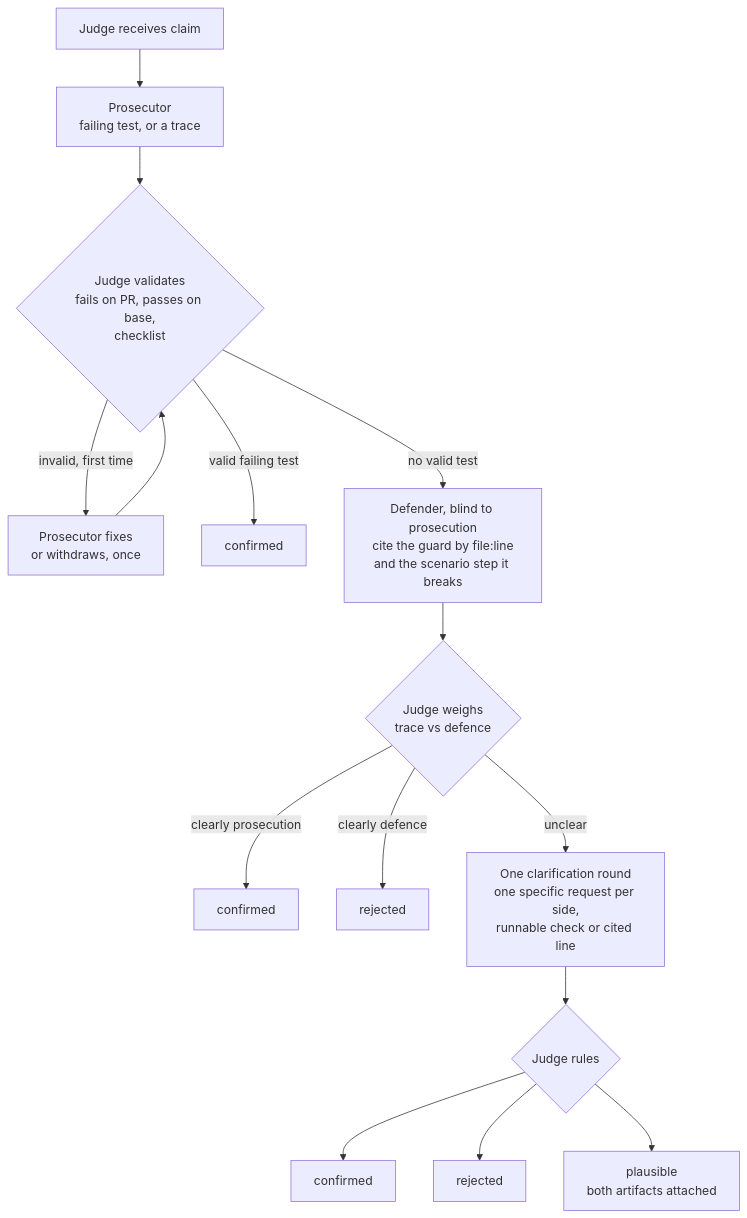
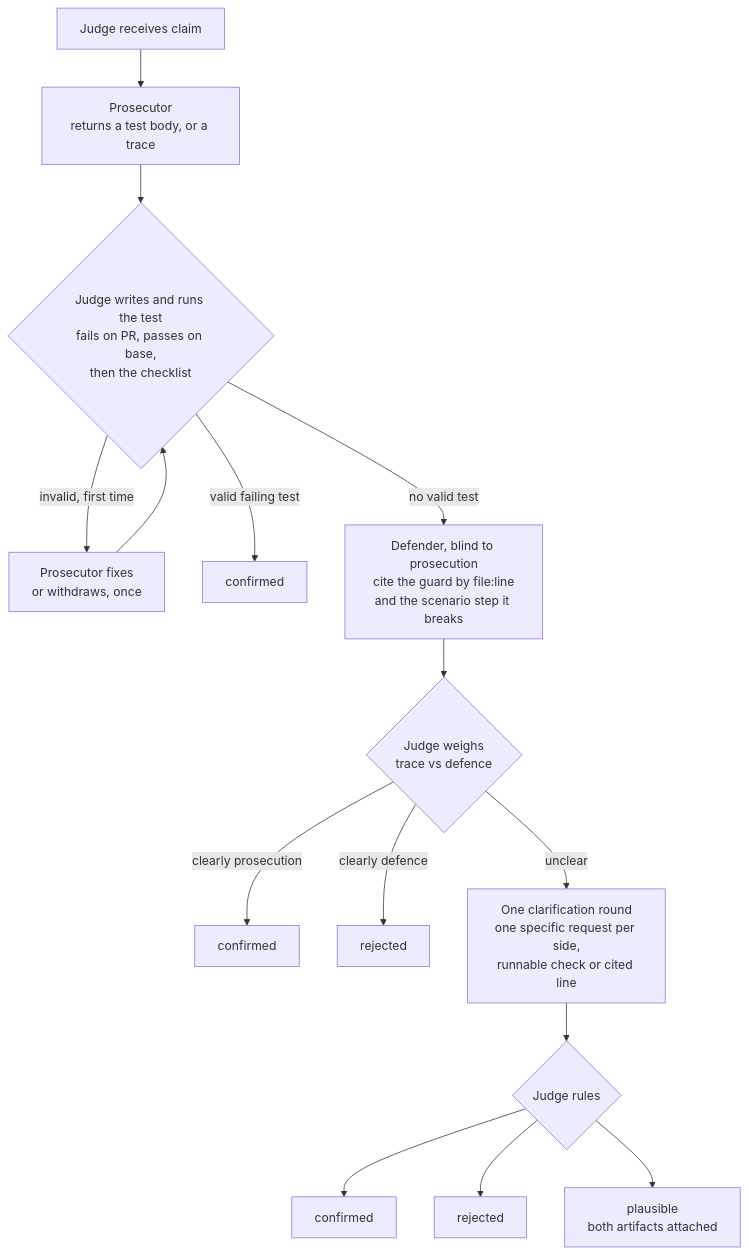
The second of 2 diagrams in README.md (gowikel/review-ensemble), drawn with Mermaid before and after one commit. The commit also changed other lines of this file, not shown here.

Commit message:
Update the flowcharts for intake, set mode and the judge-run test

````diff
--- a/README.md
+++ b/README.md
@@ -76,17 +85,17 @@
 ```mermaid
 flowchart TD
-    S[Judge receives claim] --> P[Prosecutor<br/>failing test, or a trace]
-    P --> V{Judge validates<br/>fails on PR, passes on base,<br/>checklist}
+    S[Judge receives claim] --> P[Prosecutor<br/>returns a test body, or a trace]
+    P --> V{Judge writes and runs the test<br/>fails on PR, passes on base,<br/>then the checklist}
     V -->|invalid, first time| P2[Prosecutor fixes<br/>or withdraws, once]
     P2 --> V
     V -->|valid failing test| C1[confirmed]
     V -->|no valid test| DF[Defender, blind to prosecution<br/>cite the guard by file:line<br/>and the scenario step it breaks]
     DF --> R{Judge weighs<br/>trace vs defence}
     R -->|clearly prosecution| C2[confirmed]
     R -->|clearly defence| RJ[rejected]
     R -->|unclear| Q[One clarification round<br/>one specific request per side,<br/>runnable check or cited line]
     Q --> R2{Judge rules}
     R2 --> C3[confirmed]
     R2 --> RJ2[rejected]
     R2 --> PL[plausible<br/>both artifacts attached]
 ```
````
